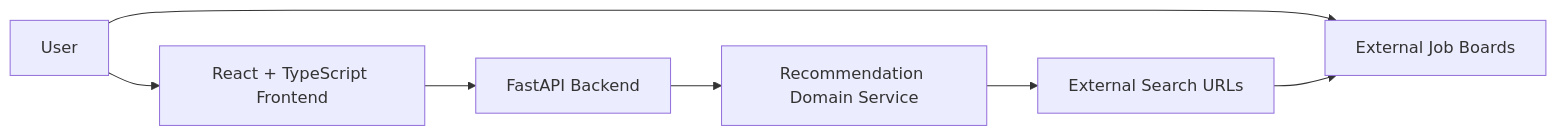
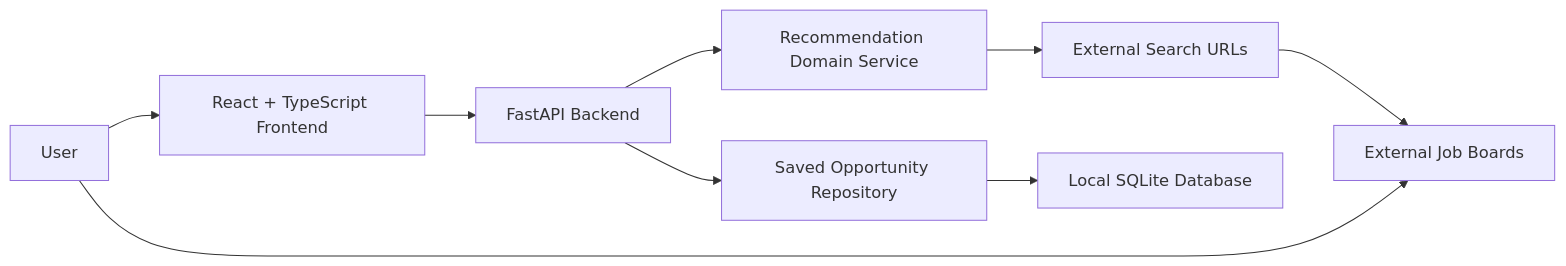
Before and after one commit to Justindwinata/JobTrackr: the first of 3 diagrams in docs/SYSTEM_ARCHITECTURE.md, drawn with Mermaid. The commit also changed other lines of this file and 7 other files, not shown here.

Commit message:
docs: document saved opportunity workflow

````diff
--- a/docs/SYSTEM_ARCHITECTURE.md
+++ b/docs/SYSTEM_ARCHITECTURE.md
@@ -7,9 +7,11 @@
 ```mermaid
 flowchart LR
     User["User"] --> Frontend["React + TypeScript Frontend"]
     Frontend --> API["FastAPI Backend"]
     API --> Domain["Recommendation Domain Service"]
+    API --> Repo["Saved Opportunity Repository"]
+    Repo --> SQLite["Local SQLite Database"]
     Domain --> Links["External Search URLs"]
     User --> Boards["External Job Boards"]
     Links --> Boards
 ```
````
